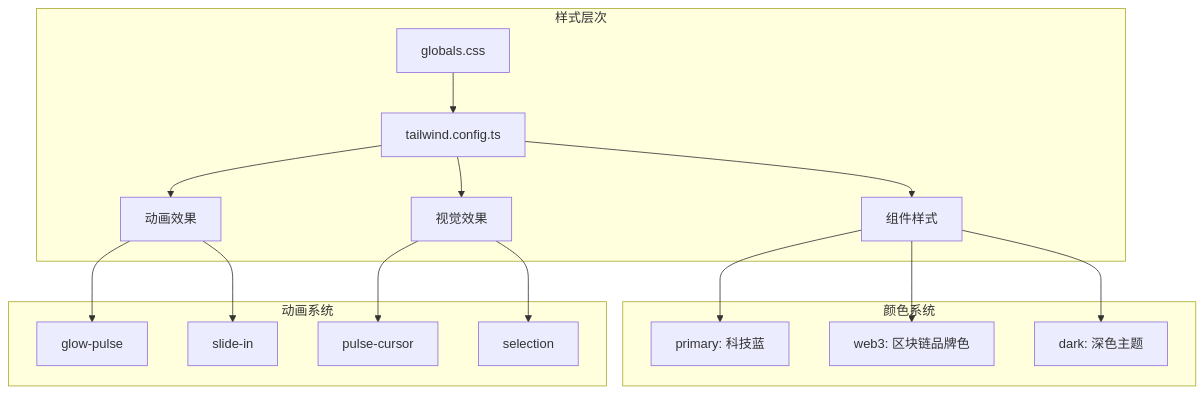
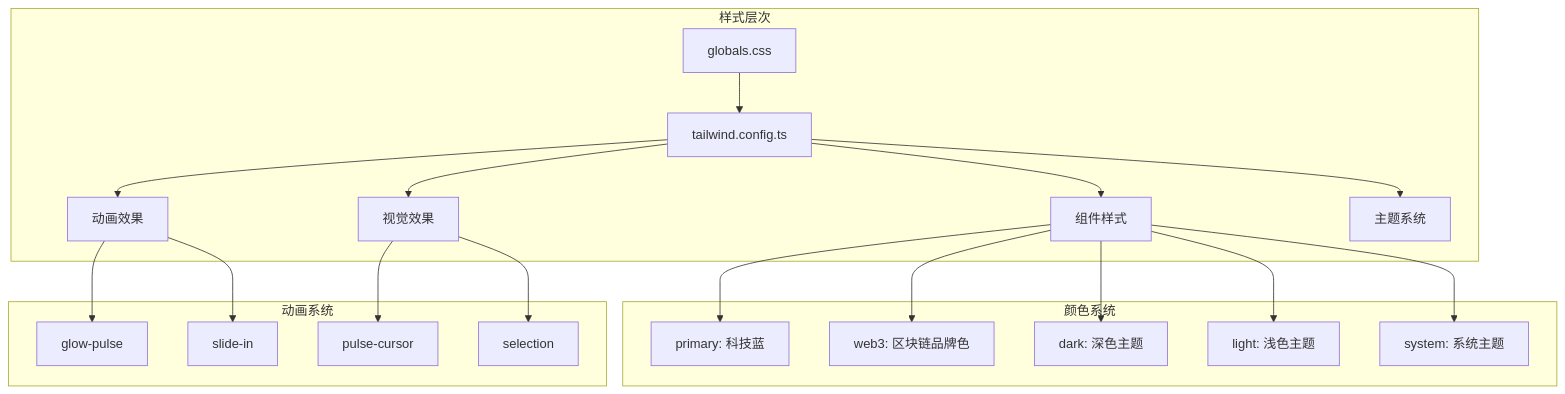
Diagram 20 of 23 in .qoder/repowiki/zh/content/项目概述/整体架构概览/Web应用程序/Web应用程序.md (CryptoLinxu/Web3-AI-Agent), drawn with Mermaid before and after one commit. The commit also changed other lines of this file and 18 other files, not shown here.

````diff
--- a/.qoder/repowiki/zh/content/项目概述/整体架构概览/Web应用程序/Web应用程序.md
+++ b/.qoder/repowiki/zh/content/项目概述/整体架构概览/Web应用程序/Web应用程序.md
@@ -518,32 +765,38 @@
 ```mermaid
 graph TB
 subgraph "样式层次"
 Globals[globals.css]
 Tailwind[tailwind.config.ts]
 Components[组件样式]
 Animations[动画效果]
 Effects[视觉效果]
+Theme[主题系统]
 end
 subgraph "颜色系统"
 Primary[primary: 科技蓝]
 Web3[web3: 区块链品牌色]
 Dark[dark: 深色主题]
+Light[light: 浅色主题]
+System[system: 系统主题]
 end
 subgraph "动画系统"
 Glow[glow-pulse]
 SlideIn[slide-in]
 Cursor[pulse-cursor]
 Selection[selection]
 end
 Globals --> Tailwind
 Tailwind --> Components
 Tailwind --> Animations
 Tailwind --> Effects
+Tailwind --> Theme
 Components --> Primary
 Components --> Web3
 Components --> Dark
+Components --> Light
+Components --> System
 Animations --> Glow
 Animations --> SlideIn
 Effects --> Cursor
 Effects --> Selection
 ```
````
